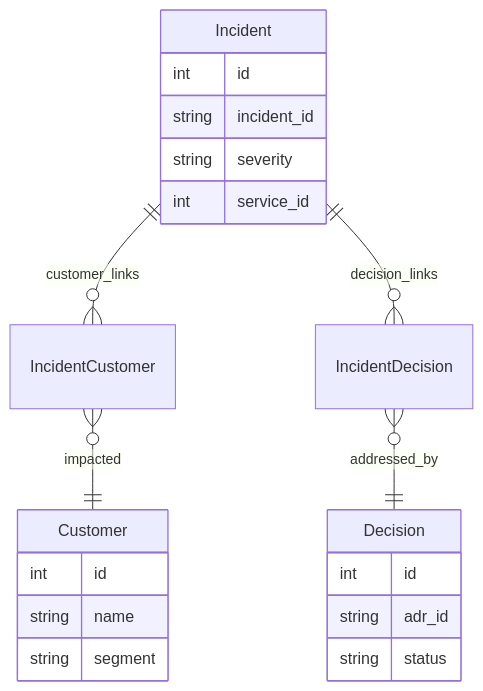
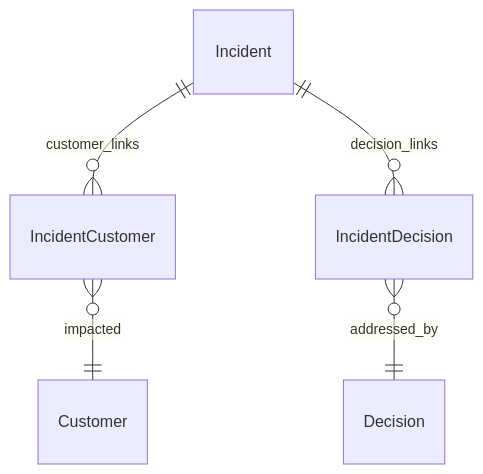
The third of 5 diagrams in internal/design_evolution/Phase5_Project_System_Design_Evolution.md (sarat-coder/NovaEnterprise), drawn with Mermaid before and after one commit. The commit also changed other lines of this file and 4 other files, not shown here.

````diff
--- a/internal/design_evolution/Phase5_Project_System_Design_Evolution.md
+++ b/internal/design_evolution/Phase5_Project_System_Design_Evolution.md
@@ -73,24 +61,7 @@
 ```mermaid
 erDiagram
     Incident ||--o{ IncidentCustomer : "customer_links"
     IncidentCustomer }o--|| Customer : "impacted"
     Incident ||--o{ IncidentDecision : "decision_links"
     IncidentDecision }o--|| Decision : "addressed_by"
-
-    Incident {
-        int id
-        string incident_id
-        string severity
-        int service_id
-    }
-    Customer {
-        int id
-        string name
-        string segment
-    }
-    Decision {
-        int id
-        string adr_id
-        string status
-    }
 ```
````
